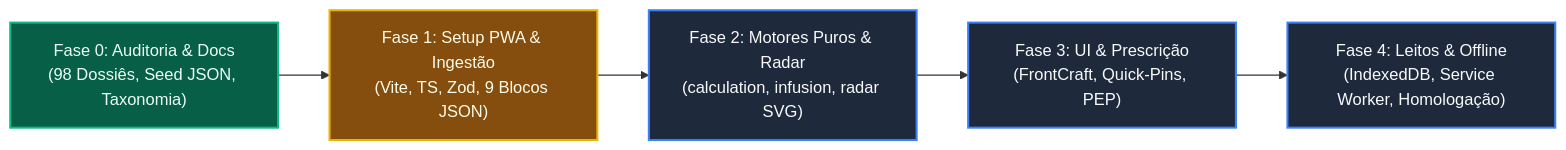
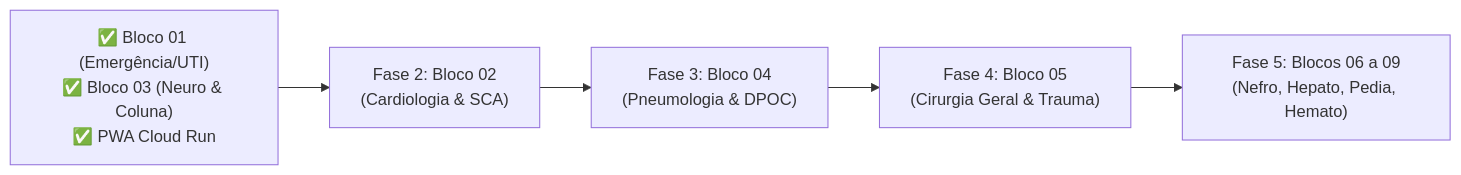
One commit to melkidonadonmed-lgtm/scoreboard changed the second of 2 diagrams in README.md. Above: the diagram before and after it, drawn with Mermaid. The commit also changed other lines of this file, not shown here.

Commit message:
docs(readme): atualizar com o arsenal de neurocirurgia, deploy no Cloud Run e roadmap futuro

````diff
--- a/README.md
+++ b/README.md
@@ -306,14 +151,7 @@
 ```mermaid
 flowchart LR
-    F0["Fase 0: Auditoria & Docs<br/>(98 Dossiês, Seed JSON, Taxonomia)"] --> F1["Fase 1: Setup PWA & Ingestão<br/>(Vite, TS, Zod, 9 Blocos JSON)"]
-    F1 --> F2["Fase 2: Motores Puros & Radar<br/>(calculation, infusion, radar SVG)"]
-    F2 --> F3["Fase 3: UI & Prescrição<br/>(FrontCraft, Quick-Pins, PEP)"]
-    F3 --> F4["Fase 4: Leitos & Offline<br/>(IndexedDB, Service Worker, Homologação)"]
-
-    classDef done fill:#065f46,stroke:#10b981,stroke-width:2px,color:#ecfdf5;
-    classDef inprog fill:#854d0e,stroke:#eab308,stroke-width:2px,color:#fefce8;
-    classDef planned fill:#1e293b,stroke:#3b82f6,stroke-width:2px,color:#f8fafc;
-    class F0 done;
-    class F1 inprog;
-    class F2,F3,F4 planned;
+    Current["✅ Bloco 01 (Emergência/UTI)<br/>✅ Bloco 03 (Neuro & Coluna)<br/>✅ PWA Cloud Run"] --> F2["Fase 2: Bloco 02<br/>(Cardiologia & SCA)"]
+    F2 --> F3["Fase 3: Bloco 04<br/>(Pneumologia & DPOC)"]
+    F3 --> F4["Fase 4: Bloco 05<br/>(Cirurgia Geral & Trauma)"]
+    F4 --> F5["Fase 5: Blocos 06 a 09<br/>(Nefro, Hepato, Pedia, Hemato)"]
 ```
````
